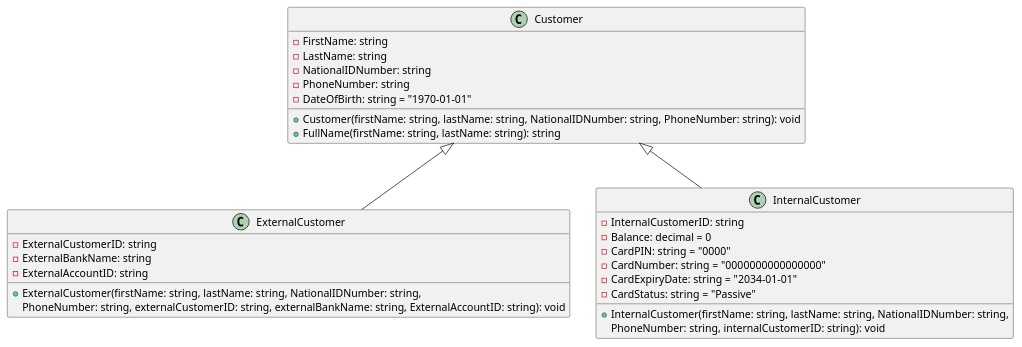
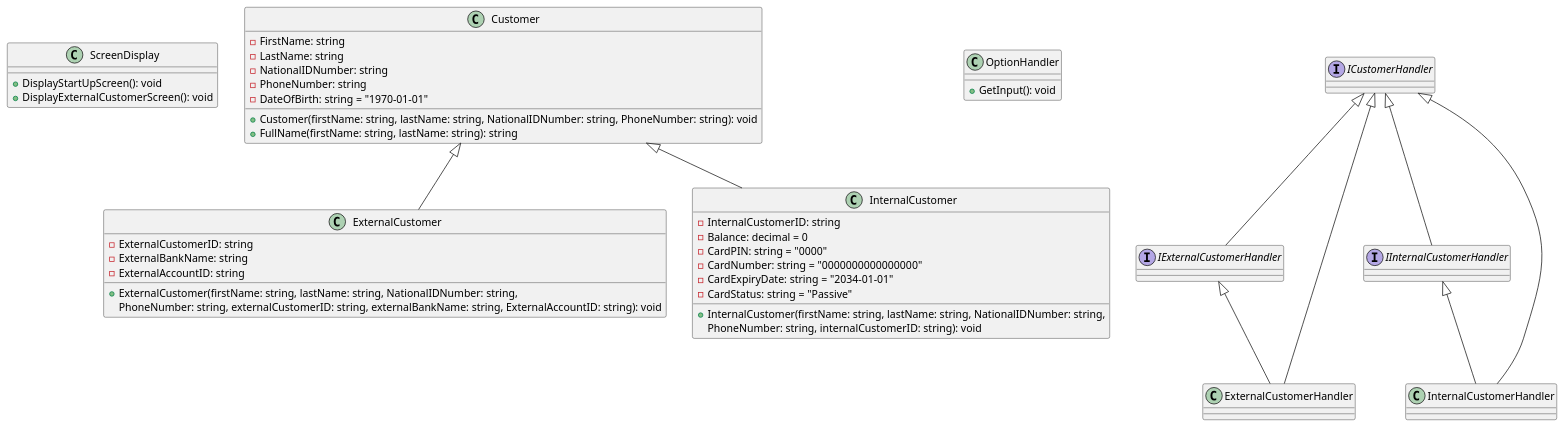
One commit to KTrordu/atm-uygulamasi changed the diagram in .puml. Above: the diagram before and after it, drawn with PlantUML. The commit also changed 27 other files, not shown here.

Commit message:
created new classes and interfaces for customer handling and updated the uml diagram

```diff
--- a/.puml
+++ b/.puml
@@ -1,47 +1,75 @@
 @startuml ATMUygulamasi
+
+class ScreenDisplay {
+    +DisplayStartUpScreen(): void
+    +DisplayExternalCustomerScreen(): void
+}
 
 class Customer {
     -FirstName: string
     -LastName: string
     -NationalIDNumber: string
     -PhoneNumber: string
     -DateOfBirth: string = "1970-01-01"
 
     +Customer(firstName: string, lastName: string, NationalIDNumber: string, PhoneNumber: string): void
     +FullName(firstName: string, lastName: string): string
 }
 
 class ExternalCustomer {
     -ExternalCustomerID: string
     -ExternalBankName: string
     -ExternalAccountID: string
 
     +ExternalCustomer(firstName: string, lastName: string, NationalIDNumber: string,
     PhoneNumber: string, externalCustomerID: string, externalBankName: string, ExternalAccountID: string): void
 }
 
 class InternalCustomer {
     -InternalCustomerID: string
     -Balance: decimal = 0
     -CardPIN: string = "0000"
     -CardNumber: string = "0000000000000000"
     -CardExpiryDate: string = "2034-01-01"
     -CardStatus: string = "Passive"
 
     +InternalCustomer(firstName: string, lastName: string, NationalIDNumber: string,
     PhoneNumber: string, internalCustomerID: string): void
 }
 
-' interface IInputHandler {
-'     +GetInput(): string
-' }
+class OptionHandler {
+    +GetInput(): void
+}
 
-' class OptionHandler {
-'     +GetInput(): string
-' }
+interface ICustomerHandler {
+
+}
+
+interface IExternalCustomerHandler {
+
+}
+
+interface IInternalCustomerHandler {
+
+}
+
+class ExternalCustomerHandler {
+
+}
+
+class InternalCustomerHandler {
+
+}
 
 Customer <|-- ExternalCustomer
 Customer <|-- InternalCustomer
-' IInputHandler <|-- OptionHandler
+
+ICustomerHandler <|-- IExternalCustomerHandler
+ICustomerHandler <|-- IInternalCustomerHandler
+ICustomerHandler <|-- ExternalCustomerHandler
+ICustomerHandler <|-- InternalCustomerHandler
+
+IExternalCustomerHandler <|-- ExternalCustomerHandler
+IInternalCustomerHandler <|-- InternalCustomerHandler
 
 @enduml
```
